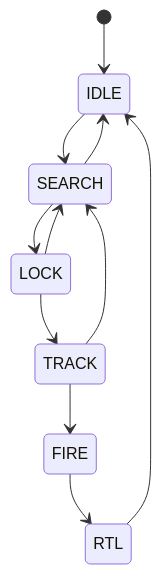
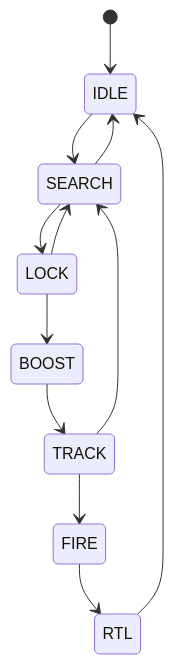
Before and after one commit to tokhun2002/A.R.M.S.-Anti-drone-Reusable-Modular-System-: the second of 3 diagrams in SW/docs/DESIGN.md, drawn with Mermaid. The commit also changed other lines of this file and 24 other files, not shown here.

````diff
--- a/SW/docs/DESIGN.md
+++ b/SW/docs/DESIGN.md
@@ -132,13 +185,14 @@
 ```mermaid
 stateDiagram-v2
     [*] --> IDLE
     IDLE --> SEARCH
     SEARCH --> IDLE
     SEARCH --> LOCK
     LOCK --> SEARCH
-    LOCK --> TRACK
+    LOCK --> BOOST
+    BOOST --> TRACK
     TRACK --> SEARCH
     TRACK --> FIRE
     FIRE --> RTL
     RTL --> IDLE
 ```
````
